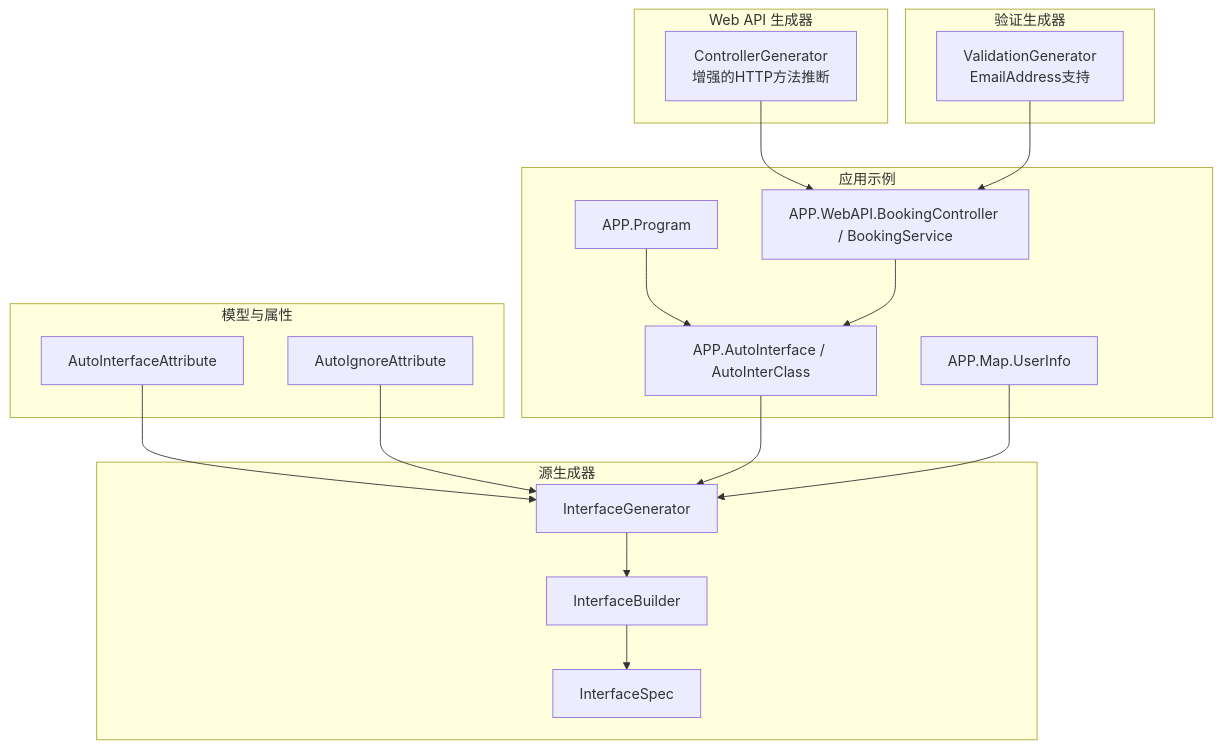
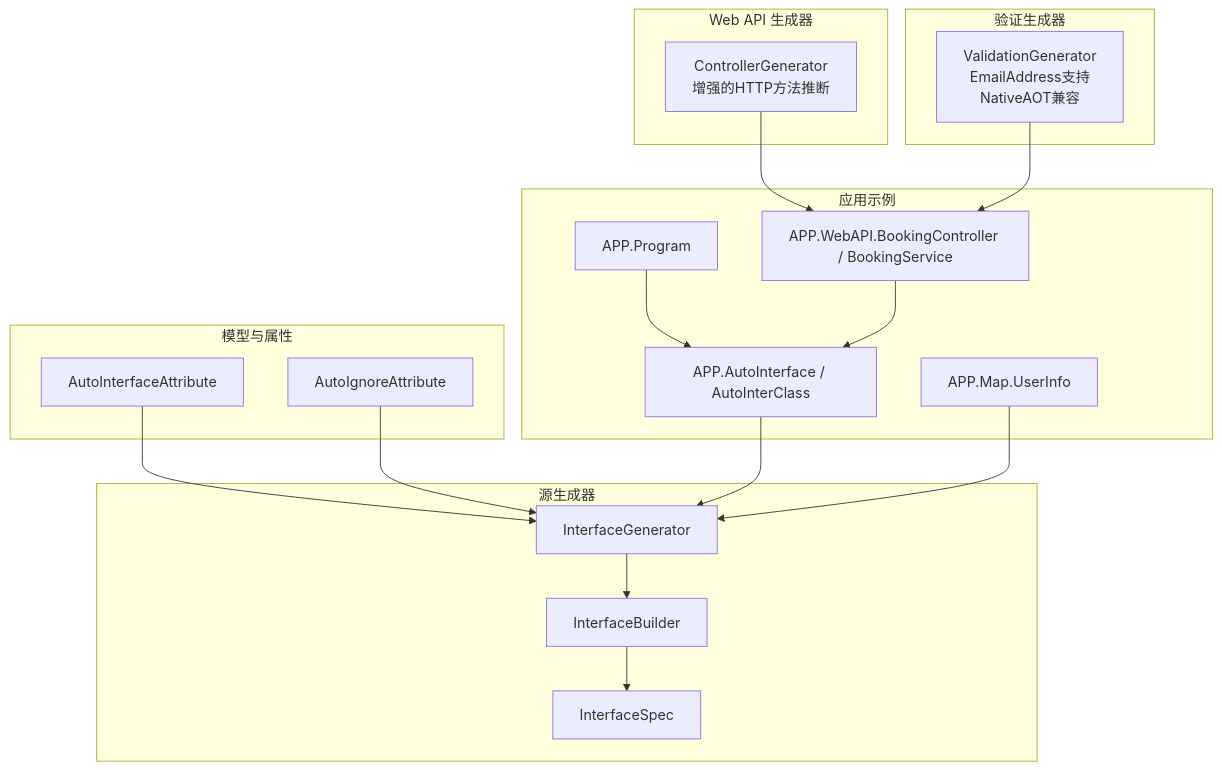
One commit to alivy/AutoCode changed the first of 7 diagrams in .qoder/repowiki/zh/content/源代码生成器/源代码生成器.md. Above: the diagram before and after it, drawn with Mermaid. The commit also changed other lines of this file and 5 other files, not shown here.

````diff
--- a/.qoder/repowiki/zh/content/源代码生成器/源代码生成器.md
+++ b/.qoder/repowiki/zh/content/源代码生成器/源代码生成器.md
@@ -68,34 +71,34 @@
 ```mermaid
 graph TB
 subgraph "模型与属性"
 M1["AutoInterfaceAttribute"]
 M2["AutoIgnoreAttribute"]
 end
 subgraph "源生成器"
 G1["InterfaceGenerator"]
 B1["InterfaceBuilder"]
 S1["InterfaceSpec"]
 end
 subgraph "Web API 生成器"
 C1["ControllerGenerator<br/>增强的HTTP方法推断"]
 end
 subgraph "验证生成器"
-V1["ValidationGenerator<br/>EmailAddress支持"]
+V1["ValidationGenerator<br/>EmailAddress支持<br/>NativeAOT兼容"]
 end
 subgraph "应用示例"
 A1["APP.Program"]
 A2["APP.AutoInterface / AutoInterClass"]
 A3["APP.Map.UserInfo"]
 A4["APP.WebAPI.BookingController / BookingService"]
 end
 M1 --> G1
 M2 --> G1
 G1 --> B1
 B1 --> S1
 C1 --> A4
 V1 --> A4
 A1 --> A2
 A2 --> G1
 A3 --> G1
 A4 --> A2
 ```
````
